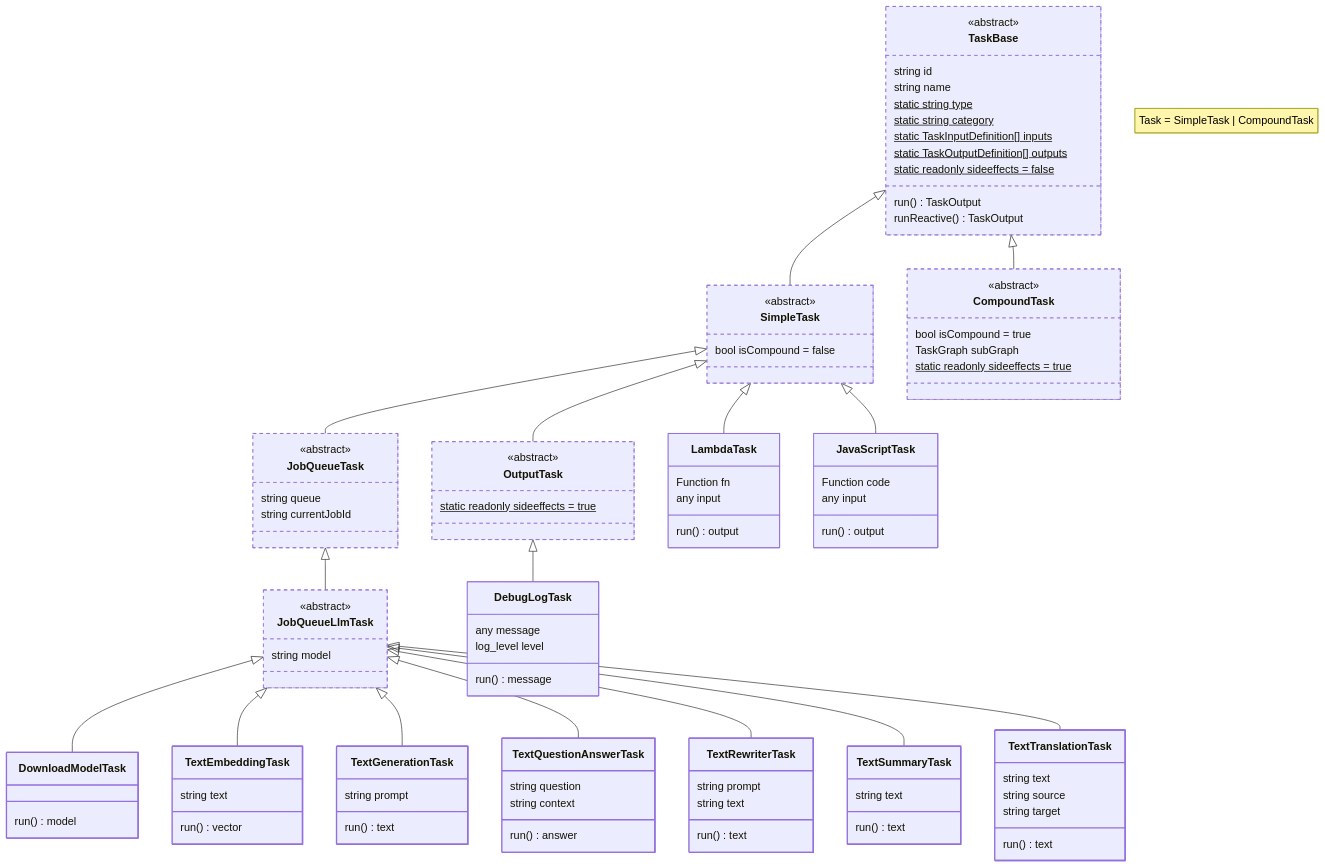
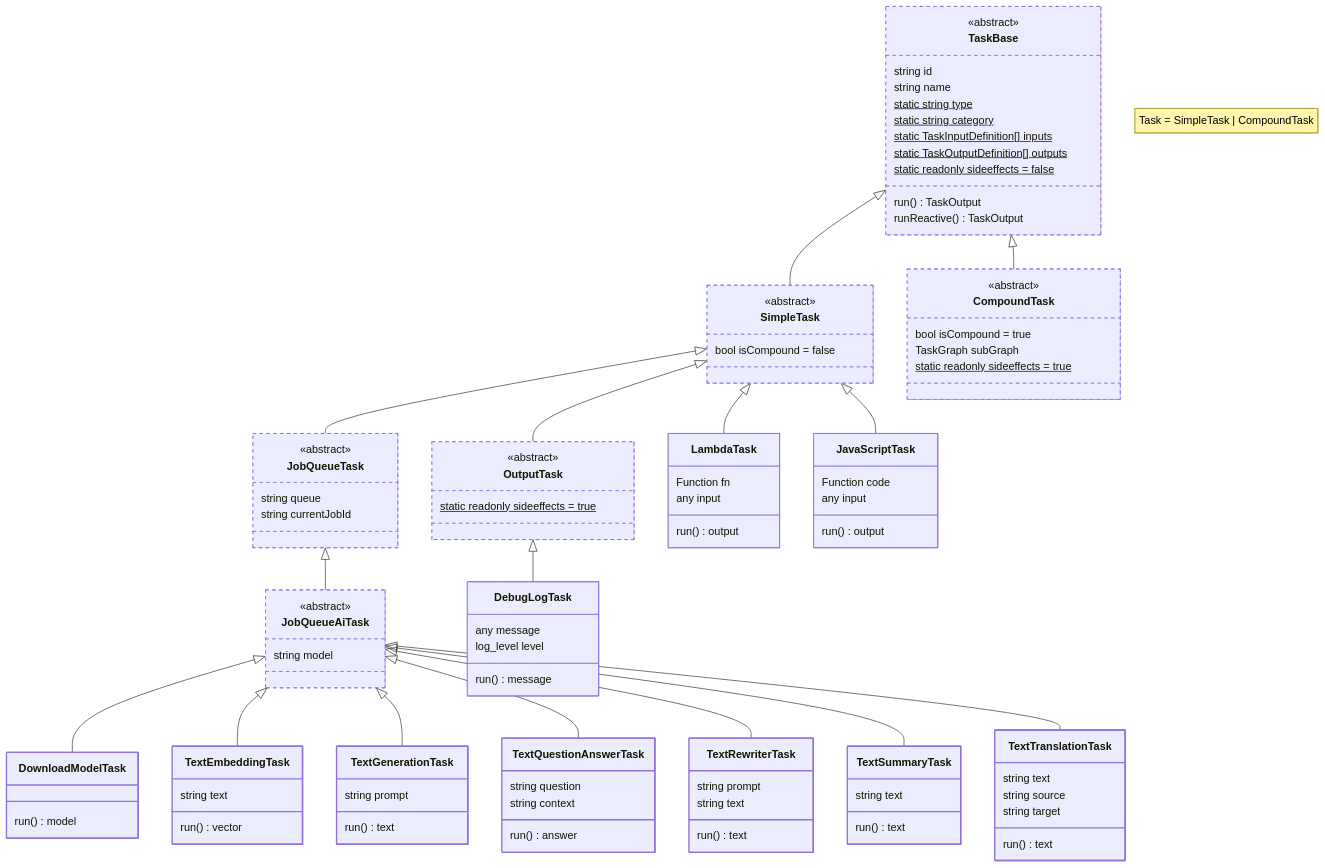
The second of 5 diagrams in docs/developers/02_architecture.md (sroussey/ellmers), drawn with Mermaid before and after one commit. The commit also changed 14 other files, not shown here.

```diff
--- a/docs/developers/02_architecture.md
+++ b/docs/developers/02_architecture.md
@@ -159,33 +159,33 @@
     SimpleTask <|-- JobQueueTask
     style JobQueueTask type:abstract,stroke-dasharray: 5 5
 
-    class JobQueueLlmTask{
+    class JobQueueAiTask{
       string model
     }
-    <<abstract>> JobQueueLlmTask
-    JobQueueTask <|-- JobQueueLlmTask
-    style JobQueueLlmTask type:abstract,stroke-dasharray: 5 5
+    <<abstract>> JobQueueAiTask
+    JobQueueTask <|-- JobQueueAiTask
+    style JobQueueAiTask type:abstract,stroke-dasharray: 5 5
 
 
 
   class DownloadModelTask{
     run() model
   }
-  JobQueueLlmTask <|-- DownloadModelTask
+  JobQueueAiTask <|-- DownloadModelTask
   style DownloadModelTask type:model,stroke-width:2px
 
   class TextEmbeddingTask{
     string text
     run() vector
   }
-  JobQueueLlmTask <|-- TextEmbeddingTask
+  JobQueueAiTask <|-- TextEmbeddingTask
   style TextEmbeddingTask type:model,stroke-width:2px
 
   class TextGenerationTask{
     string prompt
     run() text
   }
-  JobQueueLlmTask <|-- TextGenerationTask
+  JobQueueAiTask <|-- TextGenerationTask
   style TextGenerationTask type:model,stroke-width:2px
 
   class TextQuestionAnswerTask{
@@ -193,7 +193,7 @@
     string context
     run() answer
   }
-  JobQueueLlmTask <|-- TextQuestionAnswerTask
+  JobQueueAiTask <|-- TextQuestionAnswerTask
   style TextQuestionAnswerTask type:model,stroke-width:2px
 
   class TextRewriterTask{
@@ -201,14 +201,14 @@
     string text
     run() text
   }
-  JobQueueLlmTask <|-- TextRewriterTask
+  JobQueueAiTask <|-- TextRewriterTask
   style TextRewriterTask type:model,stroke-width:2px
 
   class TextSummaryTask{
     string text
     run() text
   }
-  JobQueueLlmTask <|-- TextSummaryTask
+  JobQueueAiTask <|-- TextSummaryTask
   style TextSummaryTask type:model,stroke-width:2px
 
   class TextTranslationTask{
@@ -217,7 +217,7 @@
     string target
     run() text
   }
-  JobQueueLlmTask <|-- TextTranslationTask
+  JobQueueAiTask <|-- TextTranslationTask
   style TextTranslationTask type:model,stroke-width:2px
 
   class DebugLogTask{
```
